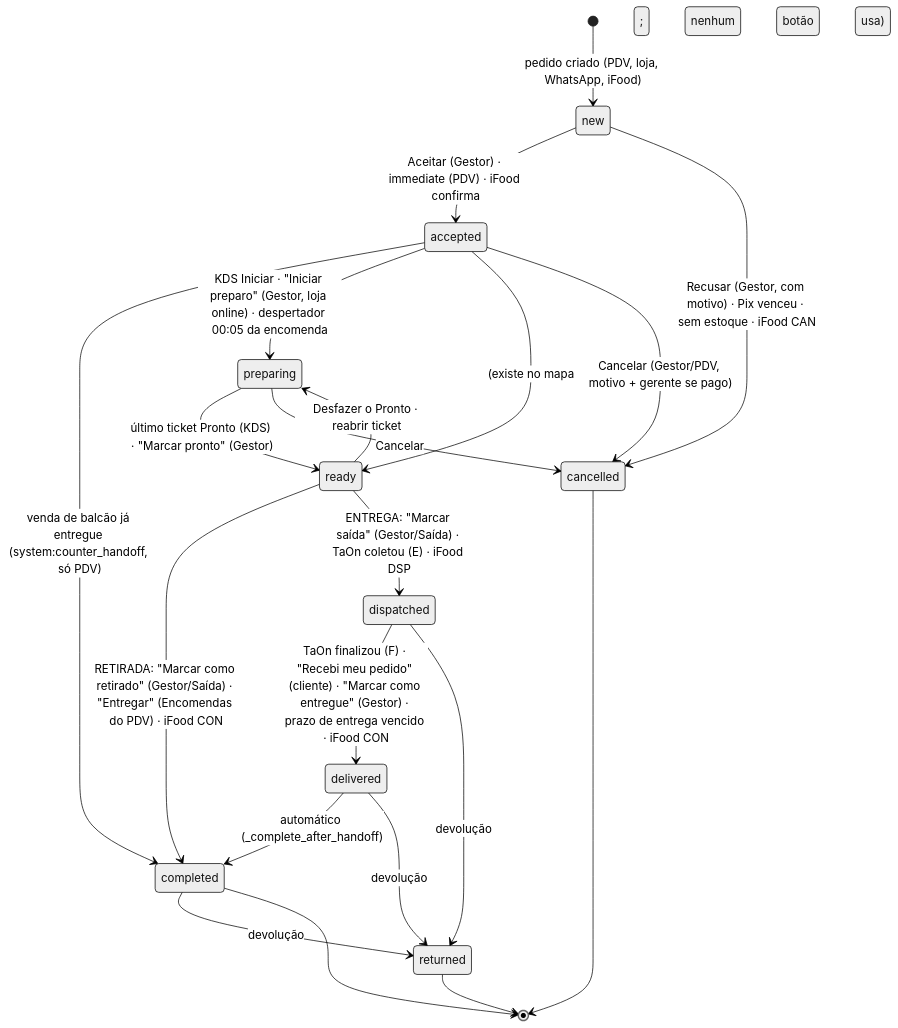
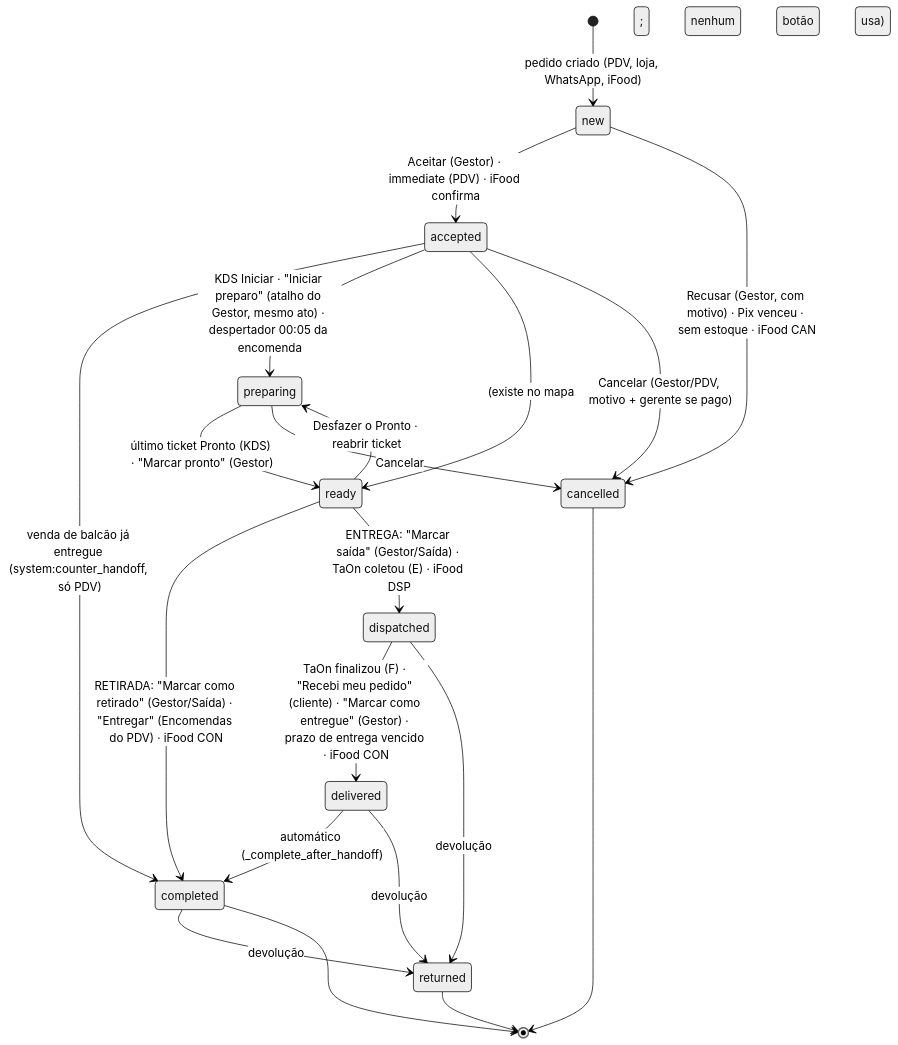
Before and after one commit to nelsonboulangerie/django-shopman: the diagram in docs/reference/cenarios-de-pedido.md, drawn with Mermaid (neutral theme). The commit also changed other lines of this file and 6 other files, not shown here.

First line of the commit message:
Cozinha é a verdade do Iniciar preparo; o Gestor é atalho do mesmo ato

````diff
--- a/docs/reference/cenarios-de-pedido.md
+++ b/docs/reference/cenarios-de-pedido.md
@@ -66,23 +66,23 @@
 ```mermaid
 stateDiagram-v2
     [*] --> new: pedido criado (PDV, loja, WhatsApp, iFood)
     new --> accepted: Aceitar (Gestor) · immediate (PDV) · iFood confirma
     new --> cancelled: Recusar (Gestor, com motivo) · Pix venceu · sem estoque · iFood CAN
     accepted --> completed: venda de balcão já entregue (system:counter_handoff, só PDV)
-    accepted --> preparing: KDS Iniciar · "Iniciar preparo" (Gestor, loja online) · despertador 00:05 da encomenda
+    accepted --> preparing: KDS Iniciar · "Iniciar preparo" (atalho do Gestor, mesmo ato) · despertador 00:05 da encomenda
     accepted --> ready: (existe no mapa; nenhum botão usa)
     preparing --> ready: último ticket Pronto (KDS) · "Marcar pronto" (Gestor)
     ready --> preparing: Desfazer o Pronto · reabrir ticket
     ready --> completed: RETIRADA: "Marcar como retirado" (Gestor/Saída) · "Entregar" (Encomendas do PDV) · iFood CON
     ready --> dispatched: ENTREGA: "Marcar saída" (Gestor/Saída) · TaOn coletou (E) · iFood DSP
     dispatched --> delivered: TaOn finalizou (F) · "Recebi meu pedido" (cliente) · "Marcar como entregue" (Gestor) · prazo de entrega vencido · iFood CON
     delivered --> completed: automático (_complete_after_handoff)
     accepted --> cancelled: Cancelar (Gestor/PDV, motivo + gerente se pago)
     preparing --> cancelled: Cancelar
     dispatched --> returned: devolução
     delivered --> returned: devolução
     completed --> returned: devolução
     completed --> [*]
     cancelled --> [*]
     returned --> [*]
 ```
````
